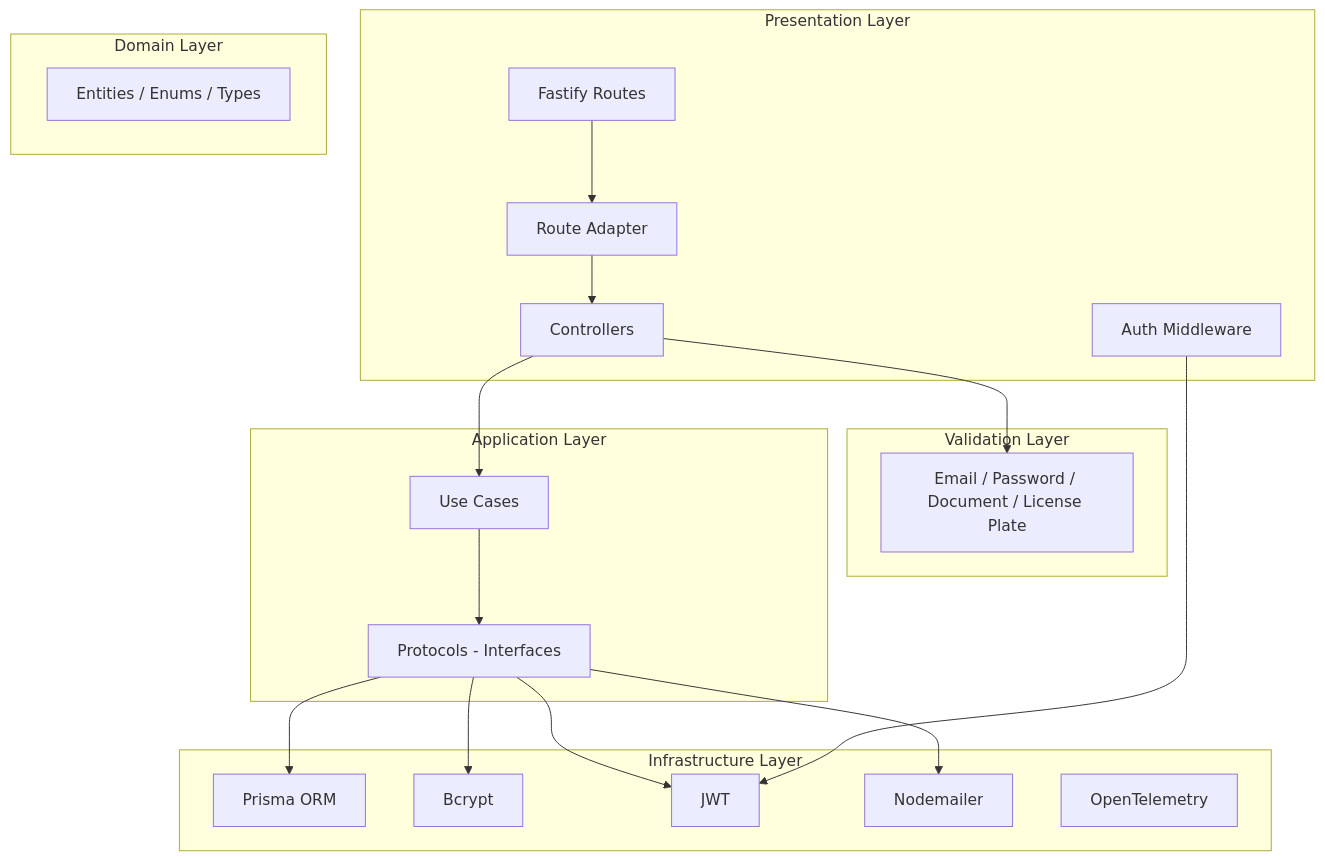
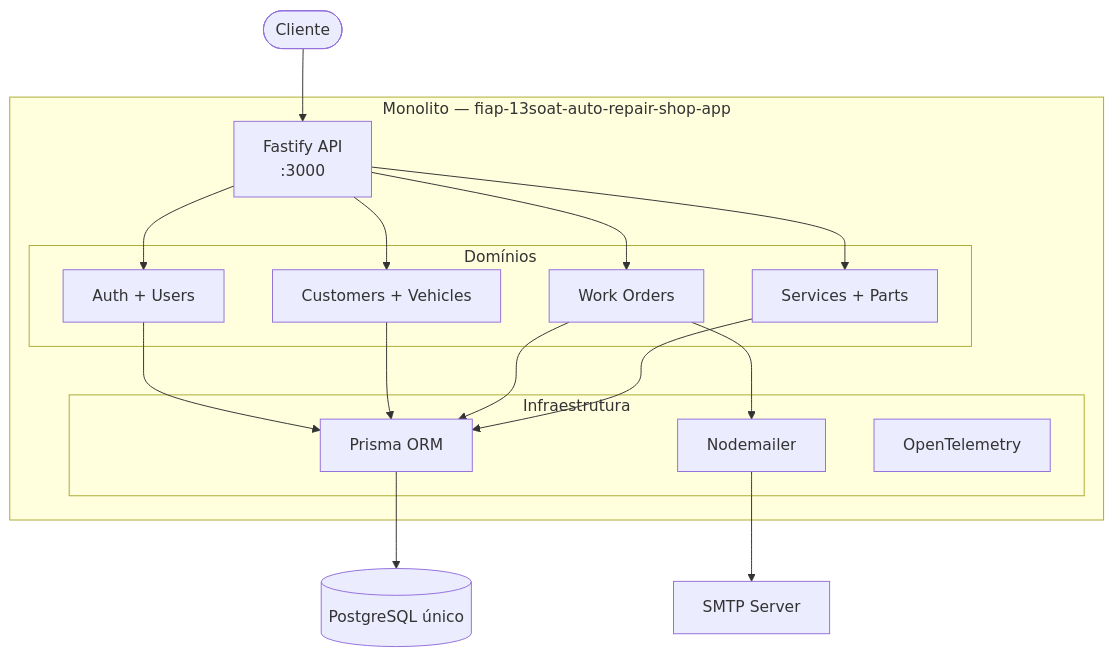
The first of 2 diagrams in README.md (vctrlima/fiap-13soat-auto-repair-shop-app), drawn with Mermaid before and after one commit. The commit also changed other lines of this file, not shown here.

Commit message:
refactor: update README to reflect deprecation and transition to microservices architecture

````diff
--- a/README.md
+++ b/README.md
@@ -83,40 +158,25 @@
 ```mermaid
 graph TD
-    subgraph "Presentation Layer"
-        Routes[Fastify Routes]
-        Adapter[Route Adapter]
-        Controller[Controllers]
-        Middleware[Auth Middleware]
+    Client([Cliente])
+    subgraph "Monolito — fiap-13soat-auto-repair-shop-app"
+        Fastify[Fastify API\n:3000]
+        subgraph "Domínios"
+            Auth[Auth + Users]
+            CV[Customers + Vehicles]
+            WO[Work Orders]
+            Cat[Services + Parts]
+        end
+        subgraph "Infraestrutura"
+            Prisma[Prisma ORM]
+            Mail[Nodemailer]
+            OTel[OpenTelemetry]
+        end
     end
+    PG[(PostgreSQL único)]
+    SMTP[SMTP Server]
 
-    subgraph "Validation Layer"
-        Validators[Email / Password / Document / License Plate]
-    end
-
-    subgraph "Application Layer"
-        UseCases[Use Cases]
-        Protocols[Protocols - Interfaces]
-    end
-
-    subgraph "Domain Layer"
-        Entities[Entities / Enums / Types]
-    end
-
-    subgraph "Infrastructure Layer"
-        Prisma[Prisma ORM]
-        Bcrypt[Bcrypt]
-        JWT[JWT]
-        Mailer[Nodemailer]
-        OTEL[OpenTelemetry]
-    end
-
-    Routes --> Adapter --> Controller
-    Controller --> Validators
-    Controller --> UseCases
-    UseCases --> Protocols
-    Protocols --> Prisma
-    Protocols --> Bcrypt
-    Protocols --> JWT
-    Protocols --> Mailer
-    Middleware --> JWT
+    Client --> Fastify
+    Fastify --> Auth & CV & WO & Cat
+    Auth & CV & WO & Cat --> Prisma --> PG
+    WO --> Mail --> SMTP
 ```
````
